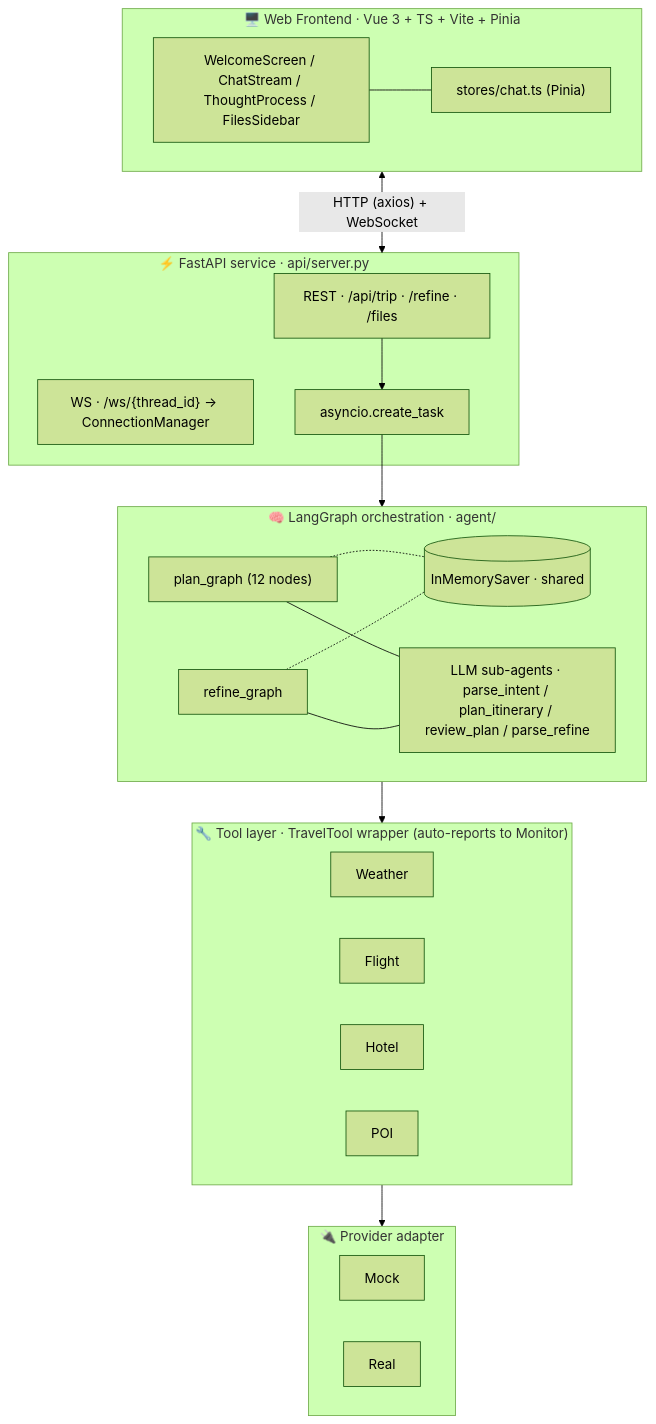
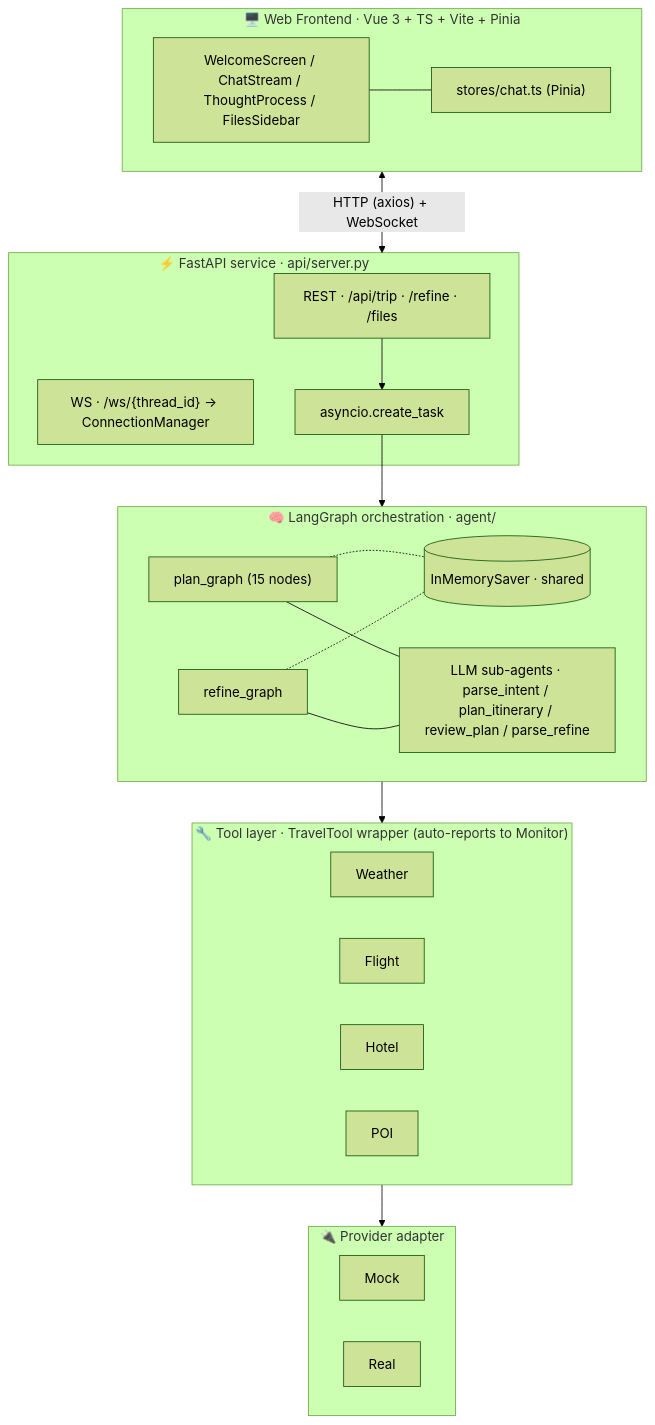
One commit to isJoker/TravelPlanningAgent changed the first of 9 diagrams in README.en.md. Above: the diagram before and after it, drawn with Mermaid (forest theme). The commit also changed other lines of this file and 1 other file, not shown here.

````diff
--- a/README.en.md
+++ b/README.en.md
@@ -78,43 +78,43 @@
 ```mermaid
 flowchart TB
     subgraph FE["🖥️ Web Frontend · Vue 3 + TS + Vite + Pinia"]
         FUI["WelcomeScreen / ChatStream / ThoughtProcess / FilesSidebar"]
         FStore["stores/chat.ts (Pinia)"]
         FUI --- FStore
     end
 
     subgraph API["⚡ FastAPI service · api/server.py"]
         REST["REST · /api/trip · /refine · /files"]
         WSE["WS · /ws/{thread_id} → ConnectionManager"]
         Task["asyncio.create_task"]
         REST --> Task
     end
 
     subgraph AG["🧠 LangGraph orchestration · agent/"]
-        PG["plan_graph (12 nodes)"]
+        PG["plan_graph (15 nodes)"]
         RG["refine_graph"]
         Saver[("InMemorySaver · shared")]
         Subs["LLM sub-agents · parse_intent / plan_itinerary / review_plan / parse_refine"]
         PG -.- Saver
         RG -.- Saver
         PG --- Subs
         RG --- Subs
     end
 
     subgraph TL["🔧 Tool layer · TravelTool wrapper (auto-reports to Monitor)"]
         TW[Weather]
         TF[Flight]
         TH[Hotel]
         TP[POI]
     end
 
     subgraph PV["🔌 Provider adapter"]
         Mock["Mock"]
         Real["Real"]
     end
 
     FE <-->|"HTTP (axios) + WebSocket"| API
     Task --> AG
     AG --> TL
     TL --> PV
 ```
````
